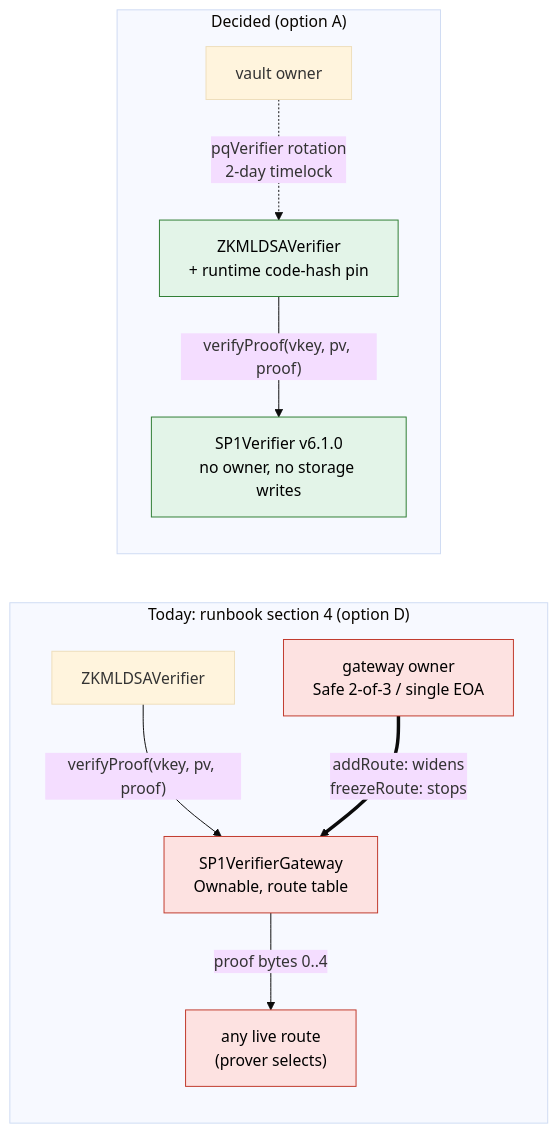
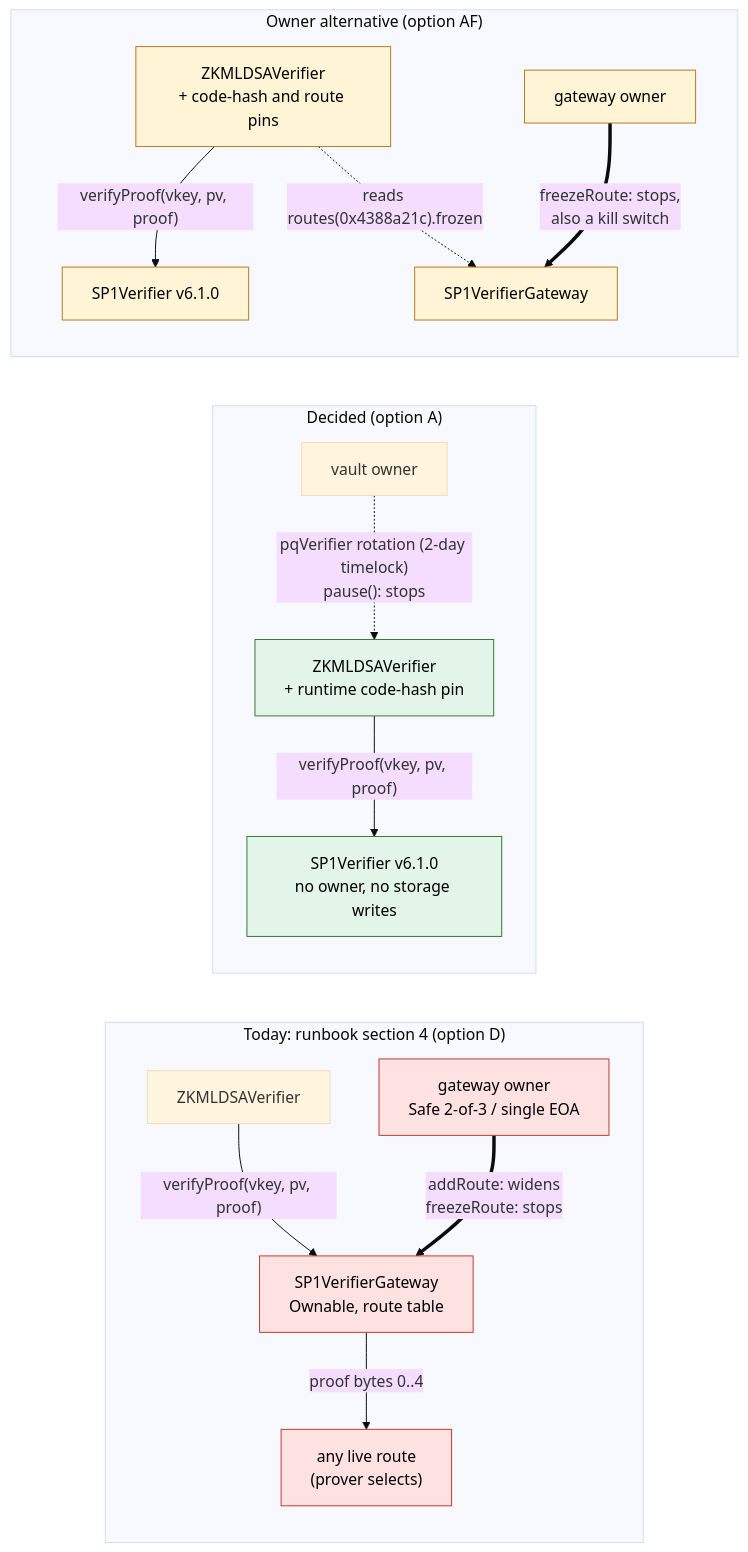
The diagram in docs/SP1_TD1_Trust_Target_Program_Identity.md (Wallet-Wall/walletwall-vault), drawn with Mermaid (base theme) before and after one commit. The commit also changed other lines of this file and 12 other files, not shown here.

First line of the commit message:
evidence(zk): SP1-TD1 review corrections: dual-use freeze, real v6.1.0 proof, per-chain canary

````diff
--- a/docs/SP1_TD1_Trust_Target_Program_Identity.md
+++ b/docs/SP1_TD1_Trust_Target_Program_Identity.md
@@ -99,16 +116,23 @@
 ```mermaid
 flowchart LR
     subgraph today["Today: runbook section 4 (option D)"]
         Z1["ZKMLDSAVerifier"] -->|"verifyProof(vkey, pv, proof)"| G["SP1VerifierGateway<br/>Ownable, route table"]
         G -->|"proof bytes 0..4"| R["any live route<br/>(prover selects)"]
         O["gateway owner<br/>Safe 2-of-3 / single EOA"] ==>|"addRoute: widens<br/>freezeRoute: stops"| G
     end
     subgraph decided["Decided (option A)"]
         Z2["ZKMLDSAVerifier<br/>+ runtime code-hash pin"] -->|"verifyProof(vkey, pv, proof)"| V["SP1Verifier v6.1.0<br/>no owner, no storage writes"]
-        W["vault owner"] -.->|"pqVerifier rotation<br/>2-day timelock"| Z2
+        W["vault owner"] -.->|"pqVerifier rotation (2-day timelock)<br/>pause(): stops"| Z2
+    end
+    subgraph alt["Owner alternative (option AF)"]
+        Z3["ZKMLDSAVerifier<br/>+ code-hash and route pins"] -->|"verifyProof(vkey, pv, proof)"| V2["SP1Verifier v6.1.0"]
+        Z3 -.->|"reads routes(0x4388a21c).frozen"| G2["SP1VerifierGateway"]
+        O2["gateway owner"] ==>|"freezeRoute: stops,<br/>also a kill switch"| G2
     end
     classDef bad fill:#fde2e1,stroke:#c0392b,color:#000;
     classDef good fill:#e3f4e8,stroke:#2e7d32,color:#000;
+    classDef tradeoff fill:#fff4d6,stroke:#b7791f,color:#000;
     class G,O,R bad;
     class Z2,V good;
+    class Z3,V2,G2,O2 tradeoff;
 ```
````
